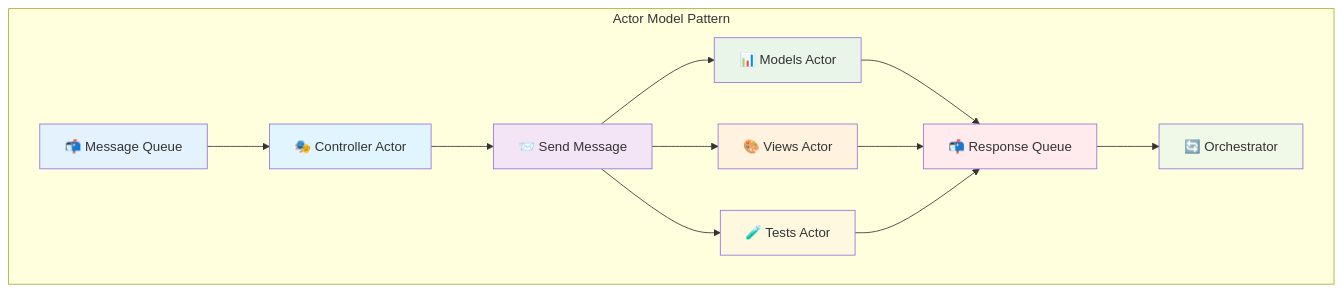
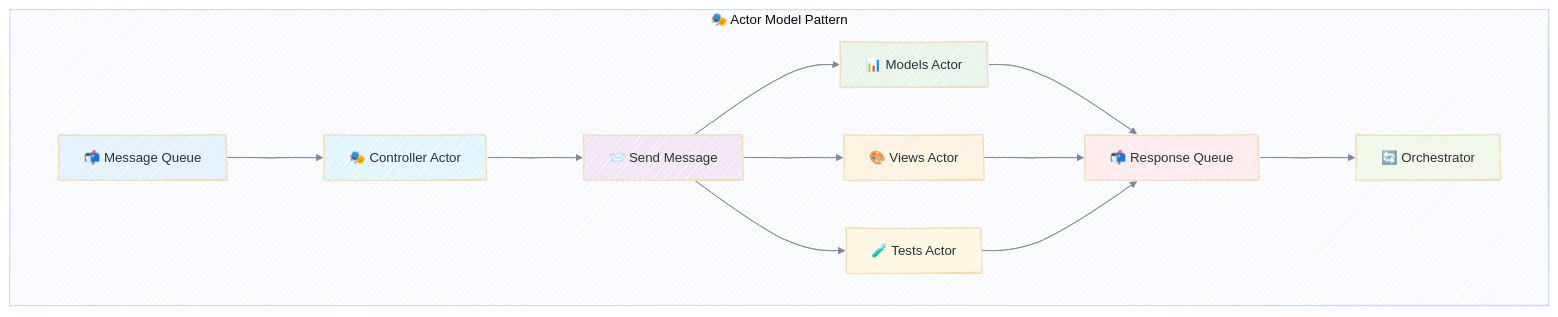
The tenth of 16 diagrams in _posts/2025-06-29-claudeonrails-ai-powered-rails-development-swarm.md (enogrob/enogrob.github.io), drawn with Mermaid before and after one commit. The commit also changed other lines of this file and 12 other files, not shown here.

````diff
--- a/_posts/2025-06-29-claudeonrails-ai-powered-rails-development-swarm.md
+++ b/_posts/2025-06-29-claudeonrails-ai-powered-rails-development-swarm.md
@@ -364,23 +373,24 @@
 ```mermaid!
-graph 
-    subgraph "Actor Model Pattern"
+%%{init: {"theme": "base", "look": "handDrawn", "themeVariables": {"fontFamily": "ui-sans-serif, system-ui, sans-serif", "lineColor": "#7c8798", "primaryTextColor": "#263238"}, "flowchart": {"nodeSpacing": 55, "rankSpacing": 90}}}%%
+flowchart TD
+    subgraph Actor["🎭 Actor Model Pattern"]
         A["📬 Message Queue"] --> B["🎭 Controller Actor"]
         B --> C["📨 Send Message"]
         C --> D["📊 Models Actor"]
         C --> E["🎨 Views Actor"]
         C --> F["🧪 Tests Actor"]
         D --> G["📬 Response Queue"]
         E --> G
         F --> G
         G --> H["🔄 Orchestrator"]
     end
     
     style A fill:#e3f2fd
     style B fill:#e1f5fe
     style C fill:#f3e5f5
     style D fill:#e8f5e8
     style E fill:#fff3e0
     style F fill:#fff8e1
     style G fill:#ffebee
     style H fill:#f0f8e8
 ```
````
